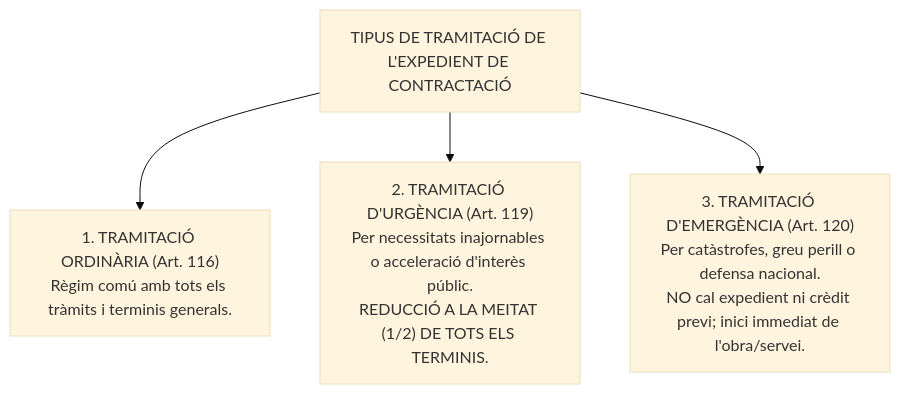
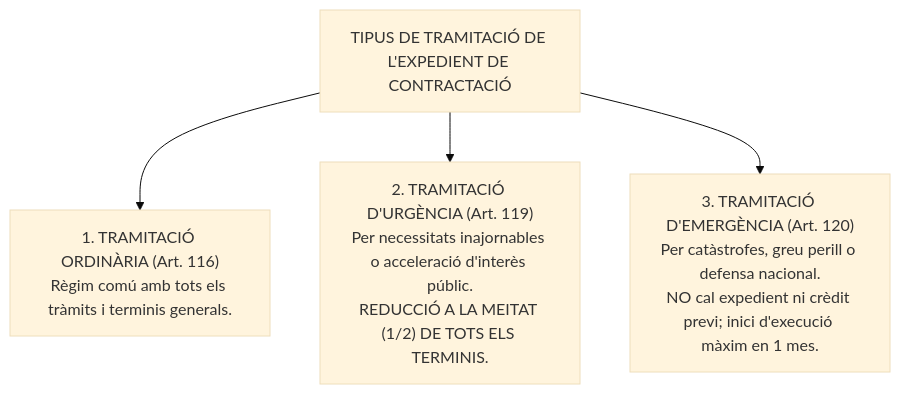
Before and after one commit to oriolmapu/opo: the second of 8 diagrams in part_general/15_preparacio_contractes_expedient_plecs.md, drawn with Mermaid (base theme). The commit also changed other lines of this file, not shown here.

Commit message:
docs(tema-15): afegir descripció exhaustiva dels terminis per tipus de contracte segons la LCSP

````diff
--- a/part_general/15_preparacio_contractes_expedient_plecs.md
+++ b/part_general/15_preparacio_contractes_expedient_plecs.md
@@ -52,12 +52,12 @@
 ```mermaid
 graph TD
     TipusExp["TIPUS DE TRAMITACIÓ DE L'EXPEDIENT DE CONTRACTACIÓ"]
     
     Ord["1. TRAMITACIÓ ORDINÀRIA (Art. 116)<br/>Règim comú amb tots els tràmits i terminis generals."]
     Urg["2. TRAMITACIÓ D'URGÈNCIA (Art. 119)<br/>Per necessitats inajornables o acceleració d'interès públic.<br/>REDUCCIÓ A LA MEITAT (1/2) DE TOTS ELS TERMINIS."]
-    Emerg["3. TRAMITACIÓ D'EMERGÈNCIA (Art. 120)<br/>Per catàstrofes, greu perill o defensa nacional.<br/>NO cal expedient ni crèdit previ; inici immediat de l'obra/servei."]
+    Emerg["3. TRAMITACIÓ D'EMERGÈNCIA (Art. 120)<br/>Per catàstrofes, greu perill o defensa nacional.<br/>NO cal expedient ni crèdit previ; inici d'execució màxim en 1 mes."]
 
     TipusExp --> Ord
     TipusExp --> Urg
     TipusExp --> Emerg
 ```
````
